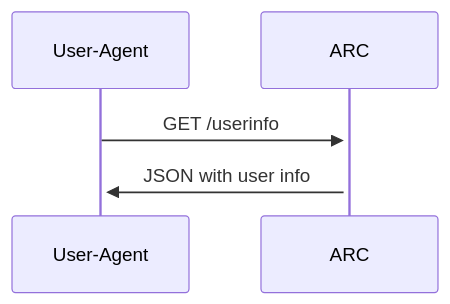
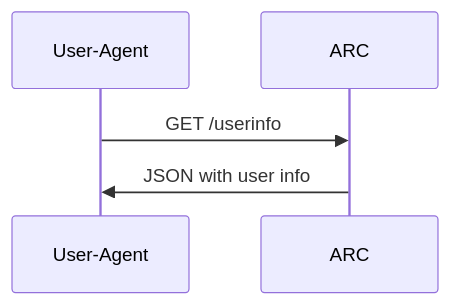
The diagram in design/arc/oneidentity-integration/sequence_diagram_userinfo.mmd (pagopa/p4pa-doc), drawn with Mermaid before and after one commit. The commit also changed 4 other files, not shown here.

Commit message:
P4PU-171 updated sequence and removed activate sign

```diff
--- a/design/arc/oneidentity-integration/sequence_diagram_userinfo.mmd
+++ b/design/arc/oneidentity-integration/sequence_diagram_userinfo.mmd
@@ -1,7 +1,7 @@
 sequenceDiagram
 
     participant User-Agent
     participant ARC
 
-    User-Agent ->>+ ARC: GET /userinfo
-    ARC ->>+ User-Agent: JSON with user info
+    User-Agent ->> ARC: GET /userinfo
+    ARC ->> User-Agent: JSON with user info
```
